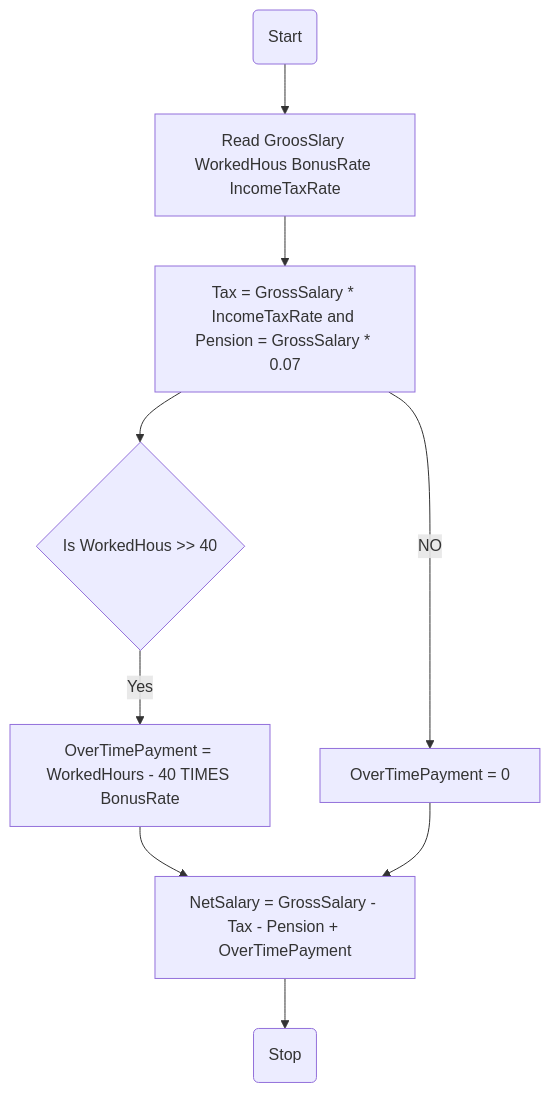
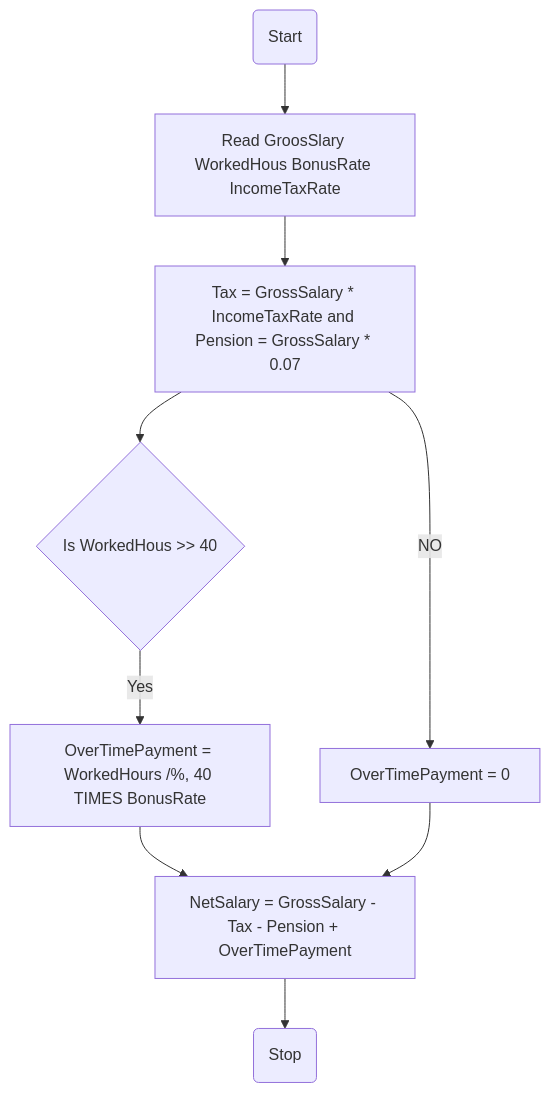
Before and after one commit to SWEG-2015EC-Batch/Code-Warrior: the diagram in ETS1351_15_Yabets_Maregn/income_calculator/flowchart.md, drawn with Mermaid.

````diff
--- a/ETS1351_15_Yabets_Maregn/income_calculator/flowchart.md
+++ b/ETS1351_15_Yabets_Maregn/income_calculator/flowchart.md
@@ -1,11 +1,11 @@
 ```mermaid
 graph TD;
 A(Start) --> B[Read GroosSlary WorkedHous BonusRate IncomeTaxRate]
 B --> C[Tax = GrossSalary * IncomeTaxRate and Pension = GrossSalary * 0.07]
 C --> D{Is WorkedHous >> 40}
-D -- Yes --> E[OverTimePayment = WorkedHours - 40 TIMES BonusRate]
+D -- Yes --> E[OverTimePayment = WorkedHours /%, 40 TIMES BonusRate]
 E --> G[NetSalary = GrossSalary - Tax - Pension + OverTimePayment ]
 C -- NO --> F[OverTimePayment = 0]
 F --> G[NetSalary = GrossSalary - Tax - Pension + OverTimePayment ]
 G --> H(Stop)
 ```
````
